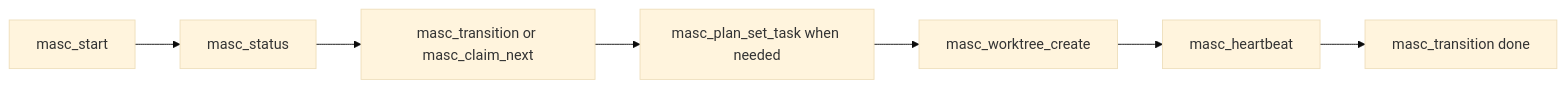
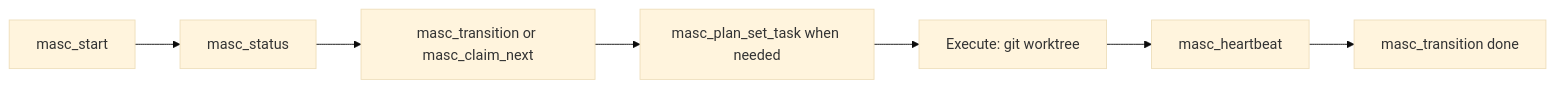
One commit to jeong-sik/masc changed the second of 4 diagrams in docs/MCP-SURFACE-AUDIT.md. Above: the diagram before and after it, drawn with Mermaid (base theme). The commit also changed 61 other files, not shown here.

````diff
--- a/docs/MCP-SURFACE-AUDIT.md
+++ b/docs/MCP-SURFACE-AUDIT.md
@@ -94,9 +94,9 @@
 ```mermaid
 flowchart LR
   Start[masc_start] --> Status[masc_status]
   Status --> Claim[masc_transition or masc_claim_next]
   Claim --> Plan[masc_plan_set_task when needed]
-  Plan --> Worktree[masc_worktree_create]
+  Plan --> Worktree[Execute: git worktree]
   Worktree --> Heartbeat[masc_heartbeat]
   Heartbeat --> Done[masc_transition done]
 ```
````
